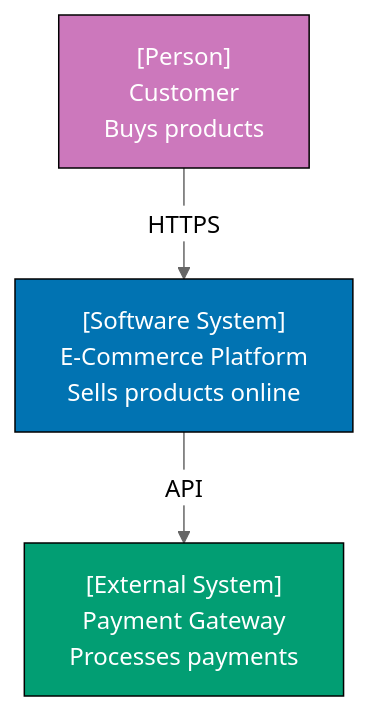
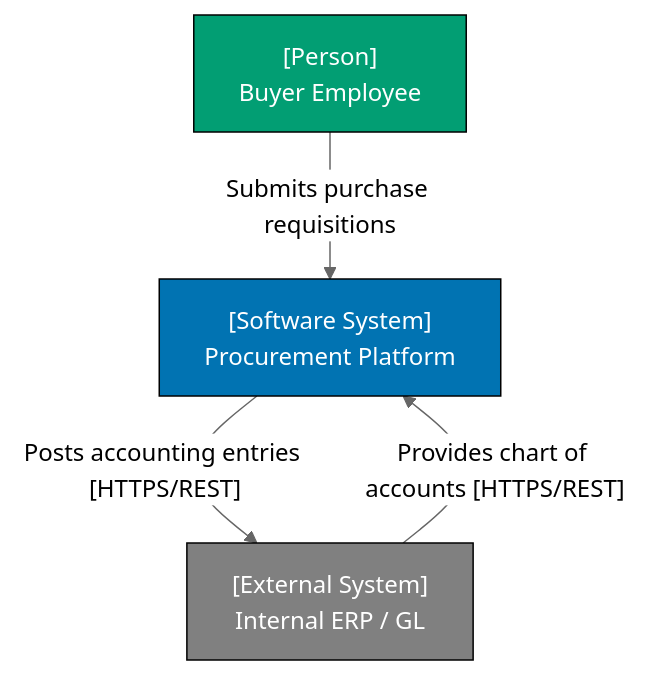
Before and after one commit to wahidyankf/open-sharia-enterprise: the third of 30 diagrams in apps/ayokoding-web/content/en/learn/software-engineering/architecture/c4-architecture-model/by-example/beginner.md, drawn with Mermaid (neutral theme). The commit also changed other lines of this file and 38 other files, not shown here.

First line of the commit message:
docs(ayokoding-web): unify architecture tutorials on shared P2P domain

````diff
--- a/apps/ayokoding-web/content/en/learn/software-engineering/architecture/c4-architecture-model/by-example/beginner.md
+++ b/apps/ayokoding-web/content/en/learn/software-engineering/architecture/c4-architecture-model/by-example/beginner.md
@@ -87,13 +86,14 @@
 ```mermaid
 graph TD
-    Person["[Person]<br/>Customer<br/>Buys products"]
-    System["[Software System]<br/>E-Commerce Platform<br/>Sells products online"]
-    ExtSystem["[External System]<br/>Payment Gateway<br/>Processes payments"]
+    Buyer["[Person]<br/>Buyer Employee"]
+    Platform["[Software System]<br/>Procurement Platform"]
+    ERP["[External System]<br/>Internal ERP / GL"]
 
-    Person -->|HTTPS| System
-    System -->|API| ExtSystem
+    Buyer -->|"Submits purchase requisitions"| Platform
+    Platform -->|"Posts accounting entries [HTTPS/REST]"| ERP
+    ERP -->|"Provides chart of accounts [HTTPS/REST]"| Platform
 
-    style Person fill:#CC78BC,stroke:#000,color:#fff
-    style System fill:#0173B2,stroke:#000,color:#fff
-    style ExtSystem fill:#029E73,stroke:#000,color:#fff
+    style Buyer fill:#029E73,stroke:#000,color:#fff
+    style Platform fill:#0173B2,stroke:#000,color:#fff
+    style ERP fill:#808080,stroke:#000,color:#fff
 ```
````
